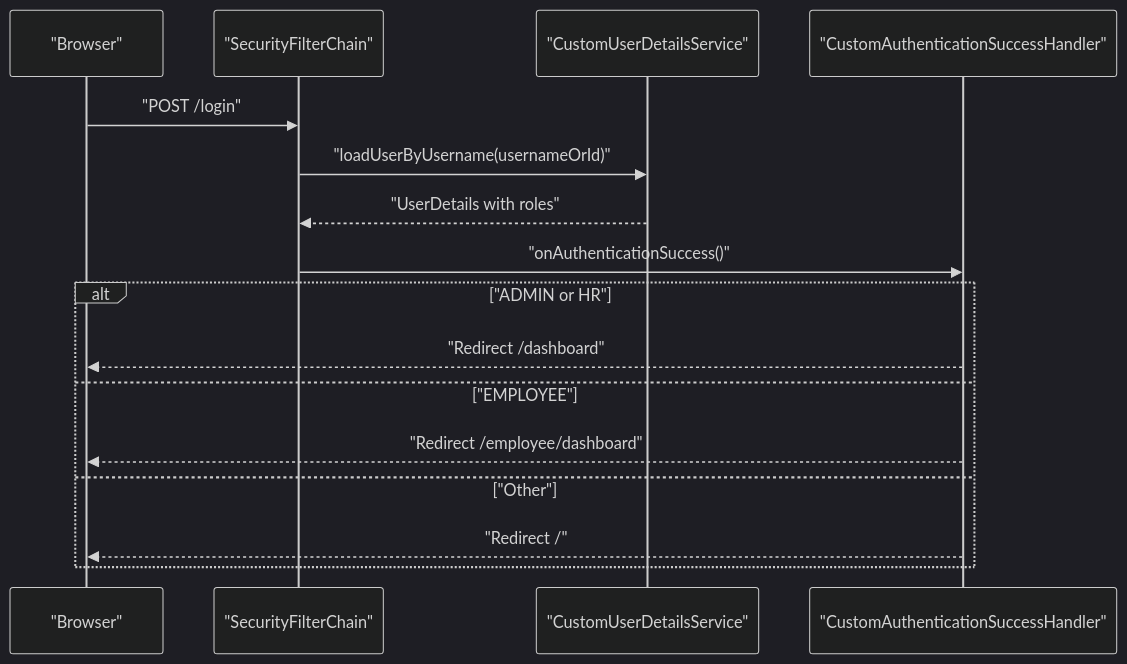
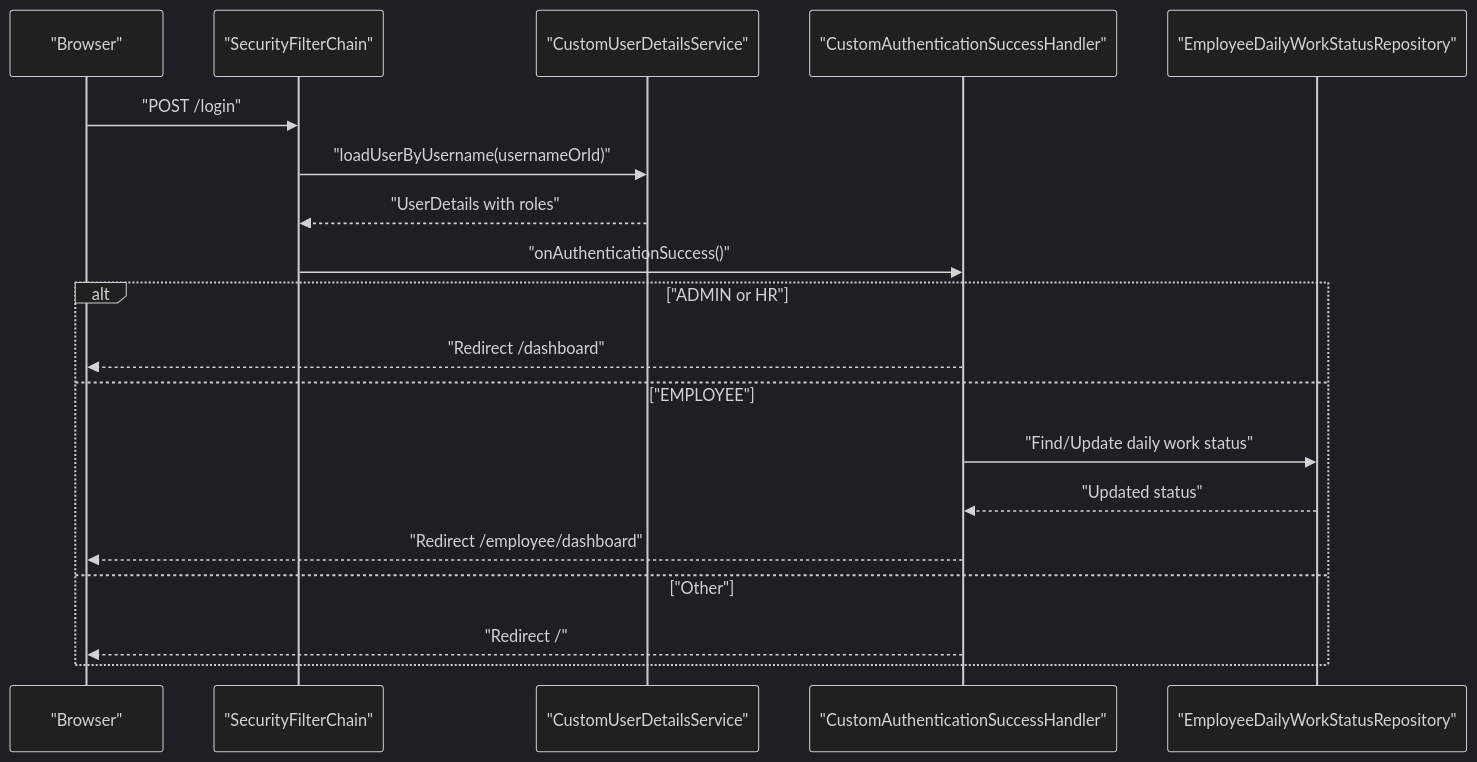
The third of 7 diagrams in .qoder/repowiki/en/content/Architecture and Design/Architecture and Design.md (mhcybroot/Skylink-custom-backend), drawn with Mermaid (dark theme) before and after one commit. The commit also changed other lines of this file and 7 other files, not shown here.

First line of the commit message:
feat(architecture): enhance security, real-time communication, and data access layers

````diff
--- a/.qoder/repowiki/en/content/Architecture and Design/Architecture and Design.md
+++ b/.qoder/repowiki/en/content/Architecture and Design/Architecture and Design.md
@@ -169,18 +243,21 @@
 ```mermaid
 sequenceDiagram
 participant Browser as "Browser"
 participant Sec as "SecurityFilterChain"
 participant Auth as "CustomUserDetailsService"
 participant Handler as "CustomAuthenticationSuccessHandler"
+participant DB as "EmployeeDailyWorkStatusRepository"
 Browser->>Sec : "POST /login"
 Sec->>Auth : "loadUserByUsername(usernameOrId)"
 Auth-->>Sec : "UserDetails with roles"
 Sec->>Handler : "onAuthenticationSuccess()"
 alt "ADMIN or HR"
 Handler-->>Browser : "Redirect /dashboard"
 else "EMPLOYEE"
+Handler->>DB : "Find/Update daily work status"
+DB-->>Handler : "Updated status"
 Handler-->>Browser : "Redirect /employee/dashboard"
 else "Other"
 Handler-->>Browser : "Redirect /"
 end
 ```
````
